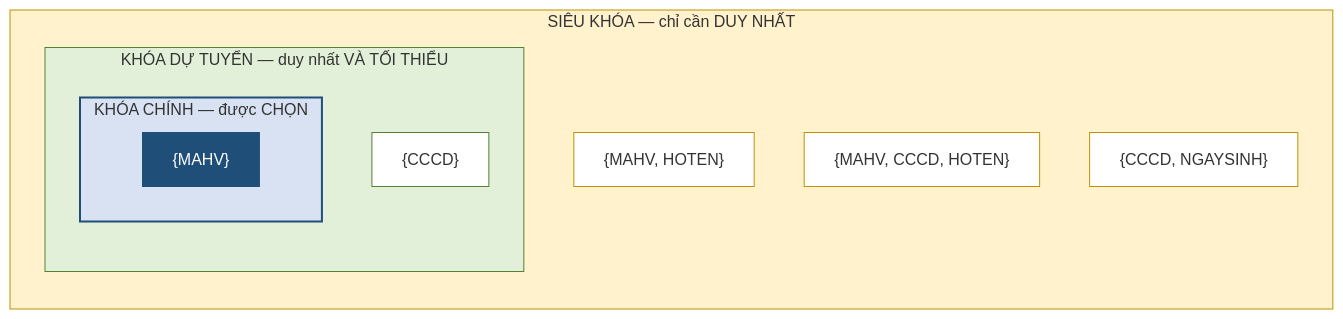
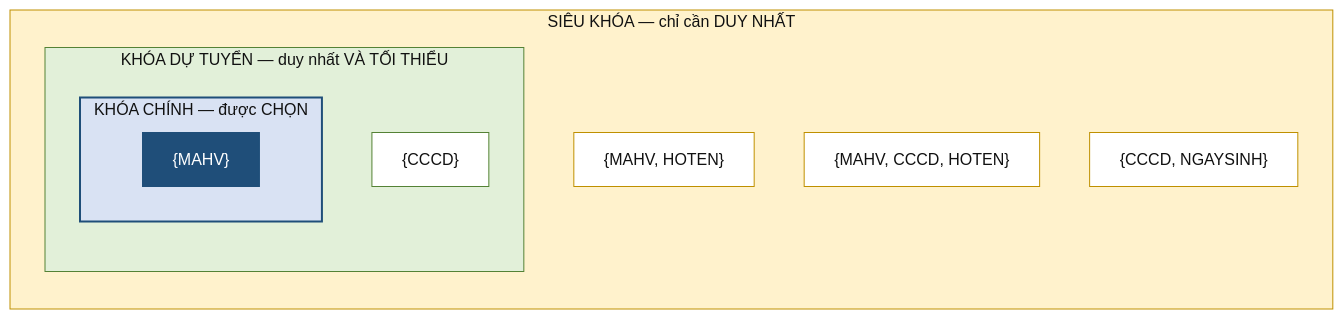
The second of 3 diagrams in docs/chuong-3/3-2-phu-thuoc-ham-va-cac-loai-khoa.md (CuongNguyenDAU/csdl-dbs201), drawn with Mermaid before and after one commit. The commit also changed other lines of this file and 123 other files, not shown here.

Commit message:
Cập nhật bài giảng v7: sơ đồ ER ký pháp Chen, hình minh họa tự vẽ, mở rộng toàn diện Chương 5 và bổ sung lời giải A4, B5

````diff
--- a/docs/chuong-3/3-2-phu-thuoc-ham-va-cac-loai-khoa.md
+++ b/docs/chuong-3/3-2-phu-thuoc-ham-va-cac-loai-khoa.md
@@ -106,24 +106,24 @@
 ```mermaid
 flowchart TB
     subgraph SK["SIÊU KHÓA — chỉ cần DUY NHẤT"]
         direction TB
         S1["{MAHV, HOTEN}"]
         S2["{MAHV, CCCD, HOTEN}"]
         S3["{CCCD, NGAYSINH}"]
         subgraph CK["KHÓA DỰ TUYỂN — duy nhất VÀ TỐI THIỂU"]
             direction TB
             C2["{CCCD}"]
             subgraph PK["KHÓA CHÍNH — được CHỌN"]
                 C1["{MAHV}"]
             end
         end
     end
-    style SK fill:#FFF2CC,stroke:#BF9000
-    style CK fill:#E2F0D9,stroke:#548235
-    style PK fill:#D9E2F3,stroke:#1F4E79,stroke-width:2px
-    style C1 fill:#1F4E79,color:#fff,stroke:#1F4E79
-    style C2 fill:#fff,stroke:#548235
-    style S1 fill:#fff,stroke:#BF9000
-    style S2 fill:#fff,stroke:#BF9000
-    style S3 fill:#fff,stroke:#BF9000
+    style SK fill:#FFF2CC,stroke:#BF9000,color:#111111
+    style CK fill:#E2F0D9,stroke:#548235,color:#111111
+    style PK fill:#D9E2F3,stroke:#1F4E79,stroke-width:2px,color:#111111
+    style C1 fill:#1F4E79,color:#ffffff,stroke:#1F4E79
+    style C2 fill:#ffffff,stroke:#548235,color:#111111
+    style S1 fill:#ffffff,stroke:#BF9000,color:#111111
+    style S2 fill:#ffffff,stroke:#BF9000,color:#111111
+    style S3 fill:#ffffff,stroke:#BF9000,color:#111111
 ```
````
